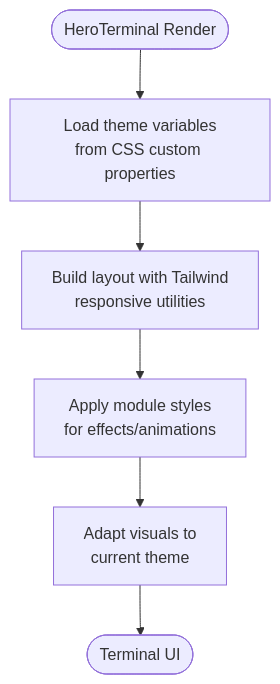
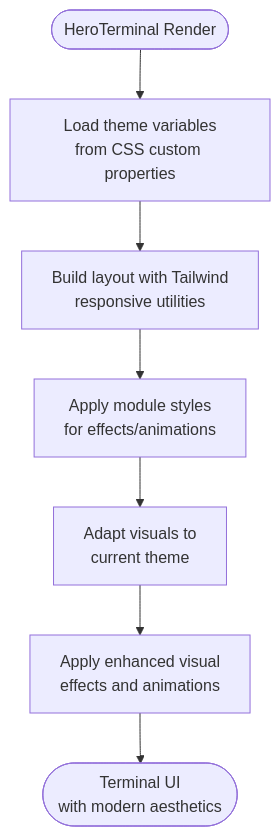
Before and after one commit to HassanAmeer/cheaprouter: the sixth of 10 diagrams in .qoder/repowiki/en/content/Frontend Architecture/Styling System.md, drawn with Mermaid. The commit also changed other lines of this file and 10 other files, not shown here.

````diff
--- a/.qoder/repowiki/en/content/Frontend Architecture/Styling System.md
+++ b/.qoder/repowiki/en/content/Frontend Architecture/Styling System.md
@@ -319,8 +323,9 @@
 ```mermaid
 flowchart TD
 Entry(["HeroTerminal Render"]) --> LoadVars["Load theme variables<br/>from CSS custom properties"]
 LoadVars --> BuildLayout["Build layout with Tailwind<br/>responsive utilities"]
 BuildLayout --> ApplyModules["Apply module styles<br/>for effects/animations"]
 ApplyModules --> ThemeAdapt["Adapt visuals to<br/>current theme"]
-ThemeAdapt --> Output(["Terminal UI"])
+ThemeAdapt --> VisualEffects["Apply enhanced visual<br/>effects and animations"]
+VisualEffects --> Output(["Terminal UI<br/>with modern aesthetics"])
 ```
````
